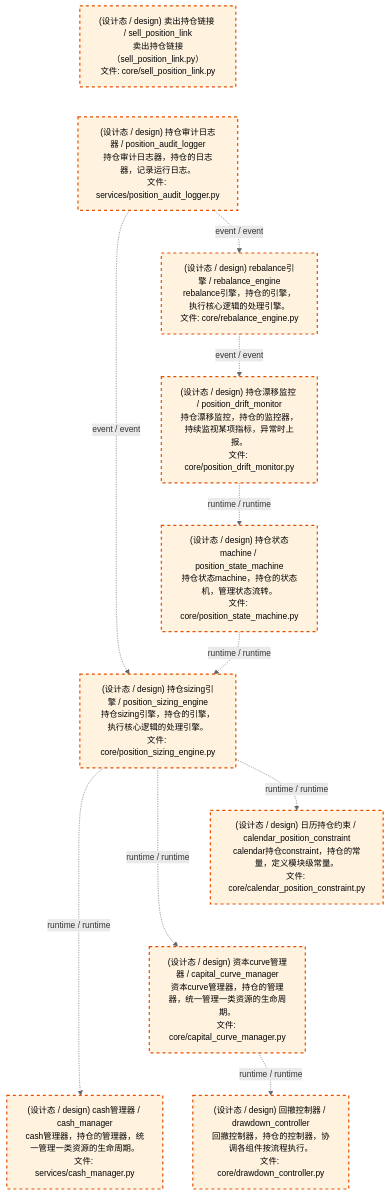
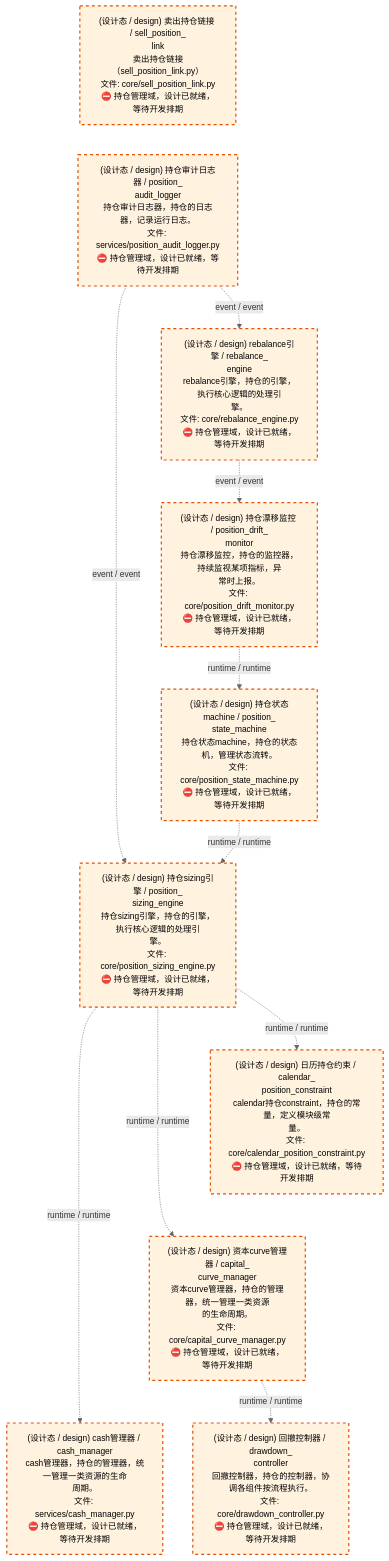
The third of 4 diagrams in docs/02_enterprise_architecture/02_domain_architecture_docs/64_d_position.md (xuanFelixVan/ZephyrAlpha), drawn with Mermaid before and after one commit. The commit also changed other lines of this file and 61 other files, not shown here.

````diff
--- a/docs/02_enterprise_architecture/02_domain_architecture_docs/64_d_position.md
+++ b/docs/02_enterprise_architecture/02_domain_architecture_docs/64_d_position.md
@@ -116,31 +116,31 @@
 ```mermaid
 %%{init: {'theme': 'base', 'themeVariables': {'primaryColor': '#eaeaea', 'primaryTextColor': '#333333', 'primaryBorderColor': '#666666', 'lineColor': '#666666', 'secondaryColor': '#eaeaea', 'tertiaryColor': '#eaeaea', 'fontSize': '14px'}}}%%
 flowchart TD
-    src_zephyr_position_core_sell_position_link_py["(设计态 / design) 卖出持仓链接 / sell_position_link<br/>卖出持仓链接（sell_position_link.py）<br/>文件: core/sell_position_link.py"]
-    src_zephyr_position_services_position_audit_logger_py["(设计态 / design) 持仓审计日志器 / position_audit_logger<br/>持仓审计日志器，持仓的日志器，记录运行日志。<br/>文件: services/position_audit_logger.py"]
+    src_zephyr_position_core_sell_position_link_py["(设计态 / design) 卖出持仓链接 / sell_position_<br/>link<br/>卖出持仓链接（sell_position_link.py）<br/>文件: core/sell_position_link.py<br/>⛔ 持仓管理域，设计已就绪，等待开发排期"]
+    src_zephyr_position_services_position_audit_logger_py["(设计态 / design) 持仓审计日志器 / position_<br/>audit_logger<br/>持仓审计日志器，持仓的日志器，记录运行日志。<br/>文件: services/position_audit_logger.py<br/>⛔ 持仓管理域，设计已就绪，等待开发排期"]
     src_zephyr_position_core_sell_position_link_py ~~~ src_zephyr_position_services_position_audit_logger_py
-    src_zephyr_position_core_rebalance_engine_py["(设计态 / design) rebalance引擎 / rebalance_engine<br/>rebalance引擎，持仓的引擎，执行核心逻辑的处理引擎。<br/>文件: core/rebalance_engine.py"]
-    src_zephyr_position_core_position_drift_monitor_py["(设计态 / design) 持仓漂移监控 / position_drift_monitor<br/>持仓漂移监控，持仓的监控器，持续监视某项指标，异常时上报。<br/>文件: core/position_drift_monitor.py"]
-    src_zephyr_position_core_position_state_machine_py["(设计态 / design) 持仓状态machine / position_state_machine<br/>持仓状态machine，持仓的状态机，管理状态流转。<br/>文件: core/position_state_machine.py"]
-    src_zephyr_position_core_position_sizing_engine_py["(设计态 / design) 持仓sizing引擎 / position_sizing_engine<br/>持仓sizing引擎，持仓的引擎，执行核心逻辑的处理引擎。<br/>文件: core/position_sizing_engine.py"]
-    src_zephyr_position_core_calendar_position_constraint_py["(设计态 / design) 日历持仓约束 / calendar_position_constraint<br/>calendar持仓constraint，持仓的常量，定义模块级常量。<br/>文件: core/calendar_position_constraint.py"]
-    src_zephyr_position_core_capital_curve_manager_py["(设计态 / design) 资本curve管理器 / capital_curve_manager<br/>资本curve管理器，持仓的管理器，统一管理一类资源的生命周期。<br/>文件: core/capital_curve_manager.py"]
-    src_zephyr_position_services_cash_manager_py["(设计态 / design) cash管理器 / cash_manager<br/>cash管理器，持仓的管理器，统一管理一类资源的生命周期。<br/>文件: services/cash_manager.py"]
+    src_zephyr_position_core_rebalance_engine_py["(设计态 / design) rebalance引擎 / rebalance_<br/>engine<br/>rebalance引擎，持仓的引擎，执行核心逻辑的处理引<br/>擎。<br/>文件: core/rebalance_engine.py<br/>⛔ 持仓管理域，设计已就绪，等待开发排期"]
+    src_zephyr_position_core_position_drift_monitor_py["(设计态 / design) 持仓漂移监控 / position_drift_<br/>monitor<br/>持仓漂移监控，持仓的监控器，持续监视某项指标，异<br/>常时上报。<br/>文件: core/position_drift_monitor.py<br/>⛔ 持仓管理域，设计已就绪，等待开发排期"]
+    src_zephyr_position_core_position_state_machine_py["(设计态 / design) 持仓状态machine / position_<br/>state_machine<br/>持仓状态machine，持仓的状态机，管理状态流转。<br/>文件: core/position_state_machine.py<br/>⛔ 持仓管理域，设计已就绪，等待开发排期"]
+    src_zephyr_position_core_position_sizing_engine_py["(设计态 / design) 持仓sizing引擎 / position_<br/>sizing_engine<br/>持仓sizing引擎，持仓的引擎，执行核心逻辑的处理引<br/>擎。<br/>文件: core/position_sizing_engine.py<br/>⛔ 持仓管理域，设计已就绪，等待开发排期"]
+    src_zephyr_position_core_calendar_position_constraint_py["(设计态 / design) 日历持仓约束 / calendar_<br/>position_constraint<br/>calendar持仓constraint，持仓的常量，定义模块级常<br/>量。<br/>文件: core/calendar_position_constraint.py<br/>⛔ 持仓管理域，设计已就绪，等待开发排期"]
+    src_zephyr_position_core_capital_curve_manager_py["(设计态 / design) 资本curve管理器 / capital_<br/>curve_manager<br/>资本curve管理器，持仓的管理器，统一管理一类资源<br/>的生命周期。<br/>文件: core/capital_curve_manager.py<br/>⛔ 持仓管理域，设计已就绪，等待开发排期"]
+    src_zephyr_position_services_cash_manager_py["(设计态 / design) cash管理器 / cash_manager<br/>cash管理器，持仓的管理器，统一管理一类资源的生命<br/>周期。<br/>文件: services/cash_manager.py<br/>⛔ 持仓管理域，设计已就绪，等待开发排期"]
     src_zephyr_position_core_calendar_position_constraint_py ~~~ src_zephyr_position_core_capital_curve_manager_py
     src_zephyr_position_core_capital_curve_manager_py ~~~ src_zephyr_position_services_cash_manager_py
-    src_zephyr_position_core_drawdown_controller_py["(设计态 / design) 回撤控制器 / drawdown_controller<br/>回撤控制器，持仓的控制器，协调各组件按流程执行。<br/>文件: core/drawdown_controller.py"]
+    src_zephyr_position_core_drawdown_controller_py["(设计态 / design) 回撤控制器 / drawdown_<br/>controller<br/>回撤控制器，持仓的控制器，协调各组件按流程执行。<br/>文件: core/drawdown_controller.py<br/>⛔ 持仓管理域，设计已就绪，等待开发排期"]
     src_zephyr_position_core_position_sizing_engine_py -.->|runtime / runtime| src_zephyr_position_services_cash_manager_py
     src_zephyr_position_core_position_sizing_engine_py -.->|runtime / runtime| src_zephyr_position_core_capital_curve_manager_py
     src_zephyr_position_core_position_sizing_engine_py -.->|runtime / runtime| src_zephyr_position_core_calendar_position_constraint_py
     src_zephyr_position_core_position_state_machine_py -.->|runtime / runtime| src_zephyr_position_core_position_sizing_engine_py
     src_zephyr_position_core_position_drift_monitor_py -.->|runtime / runtime| src_zephyr_position_core_position_state_machine_py
     src_zephyr_position_core_rebalance_engine_py -.->|event / event| src_zephyr_position_core_position_drift_monitor_py
     src_zephyr_position_core_capital_curve_manager_py -.->|runtime / runtime| src_zephyr_position_core_drawdown_controller_py
     src_zephyr_position_services_position_audit_logger_py -.->|event / event| src_zephyr_position_core_position_sizing_engine_py
     src_zephyr_position_services_position_audit_logger_py -.->|event / event| src_zephyr_position_core_rebalance_engine_py
     classDef production fill:#e1f5fe,stroke:#01579b,stroke-width:2px,color:#000
     classDef design fill:#fff3e0,stroke:#e65100,stroke-width:2px,color:#000,stroke-dasharray: 5 5
     classDef external_prod fill:#e8f4fd,stroke:#0277bd,stroke-width:1px,color:#000
     classDef external_design fill:#fff8e7,stroke:#ef6c00,stroke-width:1px,color:#000,stroke-dasharray: 5 5
     class src_zephyr_position_core_calendar_position_constraint_py,src_zephyr_position_core_capital_curve_manager_py,src_zephyr_position_core_drawdown_controller_py,src_zephyr_position_core_position_drift_monitor_py,src_zephyr_position_core_position_sizing_engine_py,src_zephyr_position_core_position_state_machine_py,src_zephyr_position_core_rebalance_engine_py,src_zephyr_position_core_sell_position_link_py,src_zephyr_position_services_cash_manager_py,src_zephyr_position_services_position_audit_logger_py design
 ```
````
